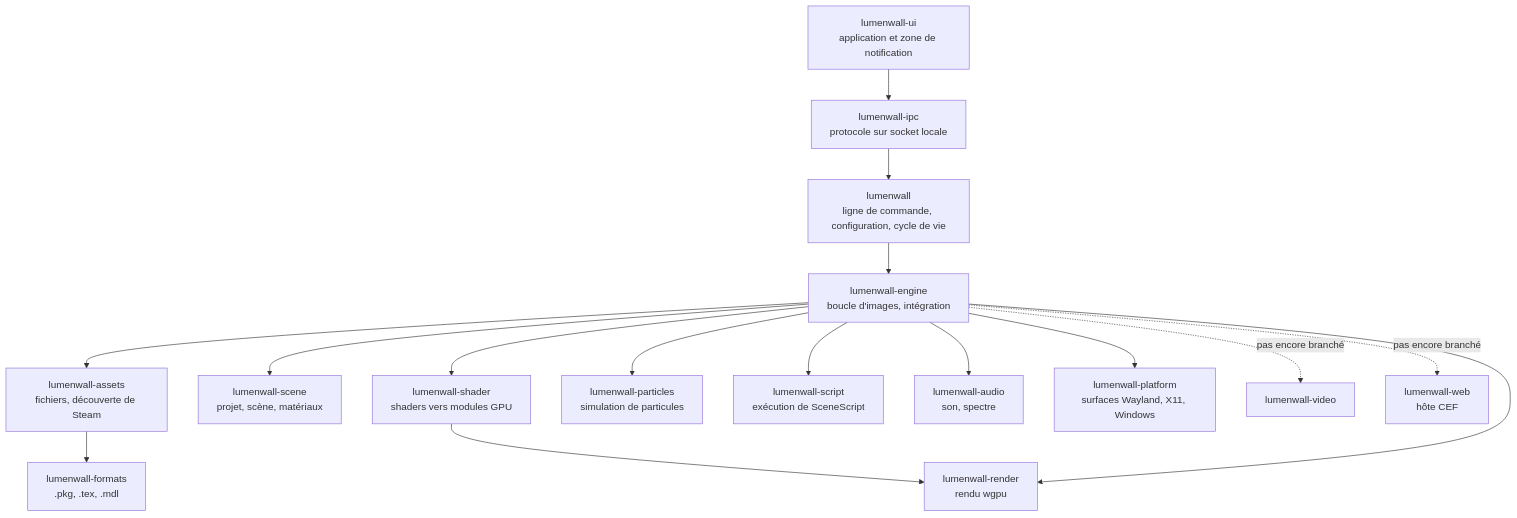
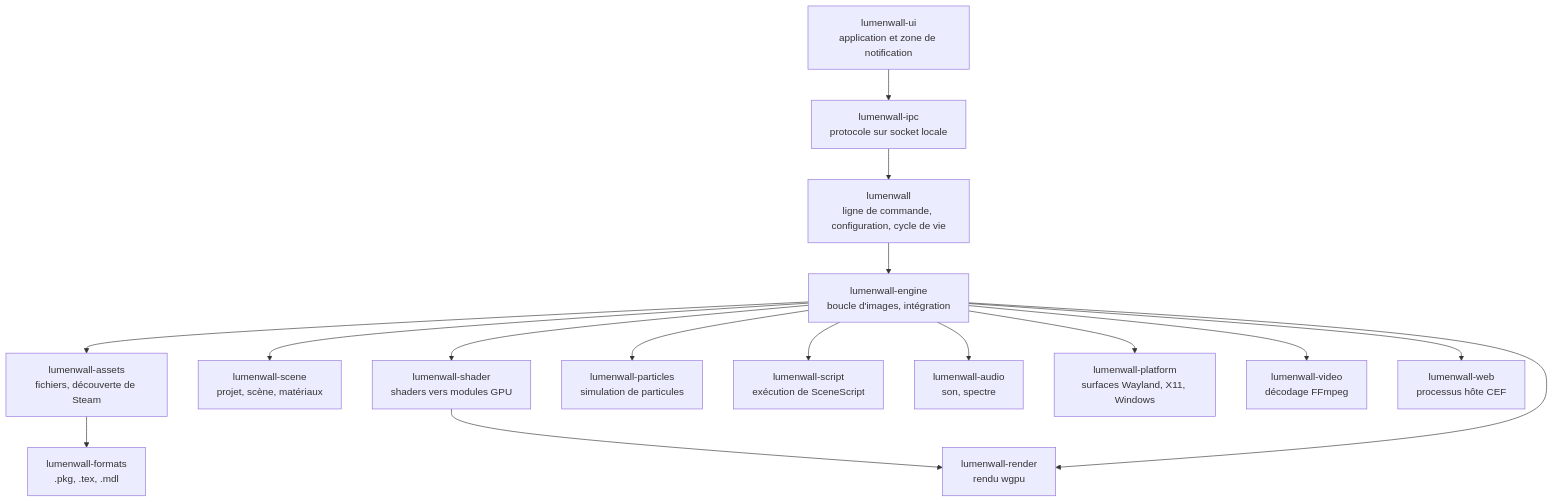
The diagram in README.fr.md (simnJS/lumenwall), drawn with Mermaid before and after one commit. The commit also changed other lines of this file, not shown here.

Commit message:
docs: README.fr.md Windows install, FAQ and architecture aligned with README.md

````diff
--- a/README.fr.md
+++ b/README.fr.md
@@ -203,18 +203,18 @@
 ```mermaid
 flowchart TB
     ui["lumenwall-ui<br/>application et zone de notification"] --> ipc["lumenwall-ipc<br/>protocole sur socket locale"]
     ipc --> cli["lumenwall<br/>ligne de commande, configuration, cycle de vie"]
     cli --> engine["lumenwall-engine<br/>boucle d'images, intégration"]
     engine --> assets["lumenwall-assets<br/>fichiers, découverte de Steam"]
     assets --> formats["lumenwall-formats<br/>.pkg, .tex, .mdl"]
     engine --> scene["lumenwall-scene<br/>projet, scène, matériaux"]
     engine --> shader["lumenwall-shader<br/>shaders vers modules GPU"]
     shader --> render["lumenwall-render<br/>rendu wgpu"]
     engine --> render
     engine --> particles["lumenwall-particles<br/>simulation de particules"]
     engine --> script["lumenwall-script<br/>exécution de SceneScript"]
     engine --> audio["lumenwall-audio<br/>son, spectre"]
     engine --> platform["lumenwall-platform<br/>surfaces Wayland, X11, Windows"]
-    engine -. "pas encore branché" .-> video["lumenwall-video"]
-    engine -. "pas encore branché" .-> web["lumenwall-web<br/>hôte CEF"]
+    engine --> video["lumenwall-video<br/>décodage FFmpeg"]
+    engine --> web["lumenwall-web<br/>processus hôte CEF"]
 ```
````
